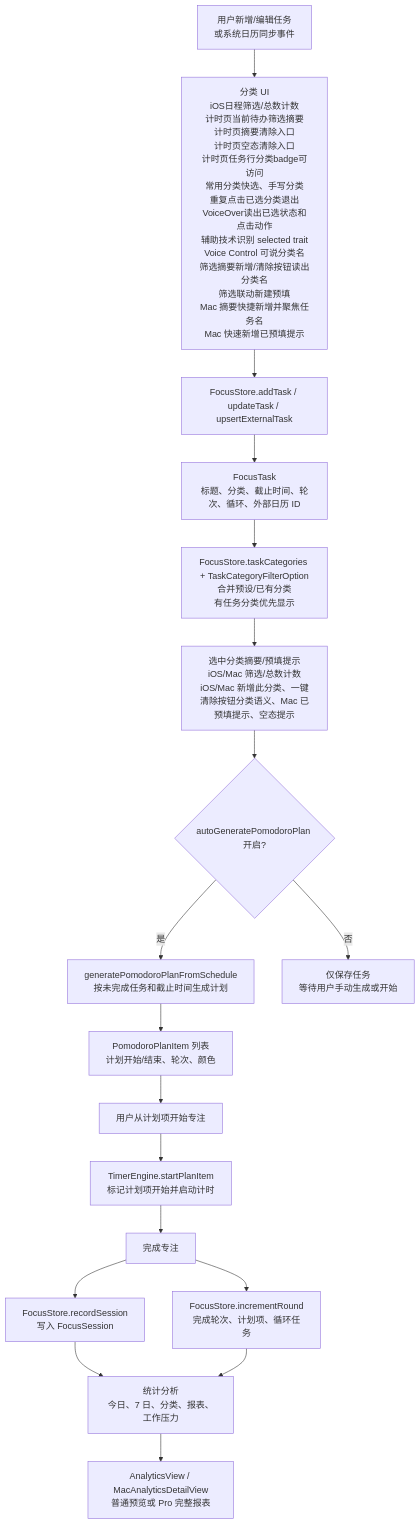
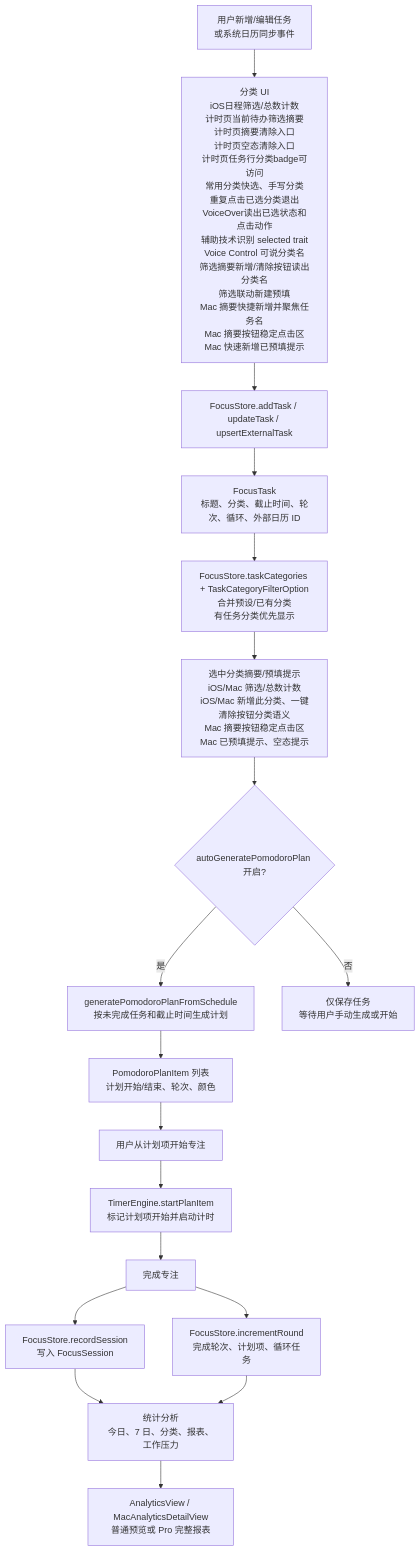
The third of 6 diagrams in md/flow/flowchart.md (Altman-sam114/114), drawn with Mermaid before and after one commit. The commit also changed other lines of this file and 7 other files, not shown here.

````diff
--- a/md/flow/flowchart.md
+++ b/md/flow/flowchart.md
@@ -63,20 +63,20 @@
 ```mermaid
 flowchart TD
-  A["用户新增/编辑任务<br/>或系统日历同步事件"] --> P0["分类 UI<br/>iOS日程筛选/总数计数<br/>计时页当前待办筛选摘要<br/>计时页摘要清除入口<br/>计时页空态清除入口<br/>计时页任务行分类badge可访问<br/>常用分类快选、手写分类<br/>重复点击已选分类退出<br/>VoiceOver读出已选状态和点击动作<br/>辅助技术识别 selected trait<br/>Voice Control 可说分类名<br/>筛选摘要新增/清除按钮读出分类名<br/>筛选联动新建预填<br/>Mac 摘要快捷新增并聚焦任务名<br/>Mac 快速新增已预填提示"]
+  A["用户新增/编辑任务<br/>或系统日历同步事件"] --> P0["分类 UI<br/>iOS日程筛选/总数计数<br/>计时页当前待办筛选摘要<br/>计时页摘要清除入口<br/>计时页空态清除入口<br/>计时页任务行分类badge可访问<br/>常用分类快选、手写分类<br/>重复点击已选分类退出<br/>VoiceOver读出已选状态和点击动作<br/>辅助技术识别 selected trait<br/>Voice Control 可说分类名<br/>筛选摘要新增/清除按钮读出分类名<br/>筛选联动新建预填<br/>Mac 摘要快捷新增并聚焦任务名<br/>Mac 摘要按钮稳定点击区<br/>Mac 快速新增已预填提示"]
   P0 --> B["FocusStore.addTask / updateTask / upsertExternalTask"]
   B --> C["FocusTask<br/>标题、分类、截止时间、轮次、循环、外部日历 ID"]
   C --> C2["FocusStore.taskCategories + TaskCategoryFilterOption<br/>合并预设/已有分类<br/>有任务分类优先显示"]
-  C2 --> C3["选中分类摘要/预填提示<br/>iOS/Mac 筛选/总数计数<br/>iOS/Mac 新增此分类、一键清除按钮分类语义、Mac 已预填提示、空态提示"]
+  C2 --> C3["选中分类摘要/预填提示<br/>iOS/Mac 筛选/总数计数<br/>iOS/Mac 新增此分类、一键清除按钮分类语义<br/>Mac 摘要按钮稳定点击区<br/>Mac 已预填提示、空态提示"]
   C3 --> D{"autoGeneratePomodoroPlan 开启?"}
   D -->|是| E["generatePomodoroPlanFromSchedule<br/>按未完成任务和截止时间生成计划"]
   D -->|否| F["仅保存任务<br/>等待用户手动生成或开始"]
   E --> G["PomodoroPlanItem 列表<br/>计划开始/结束、轮次、颜色"]
   G --> H["用户从计划项开始专注"]
   H --> I["TimerEngine.startPlanItem<br/>标记计划项开始并启动计时"]
   I --> J["完成专注"]
   J --> K["FocusStore.incrementRound<br/>完成轮次、计划项、循环任务"]
   J --> L["FocusStore.recordSession<br/>写入 FocusSession"]
   L --> M["统计分析<br/>今日、7 日、分类、报表、工作压力"]
   K --> M
   M --> N["AnalyticsView / MacAnalyticsDetailView<br/>普通预览或 Pro 完整报表"]
 ```
````
